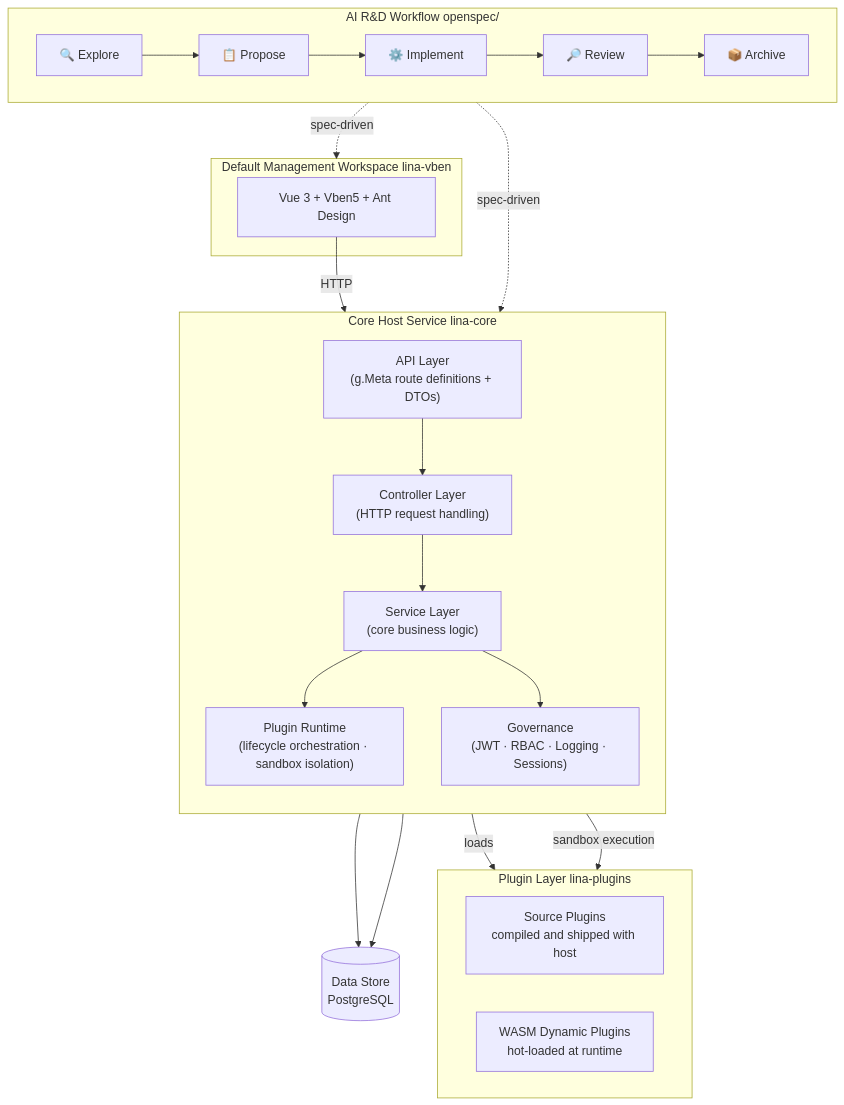
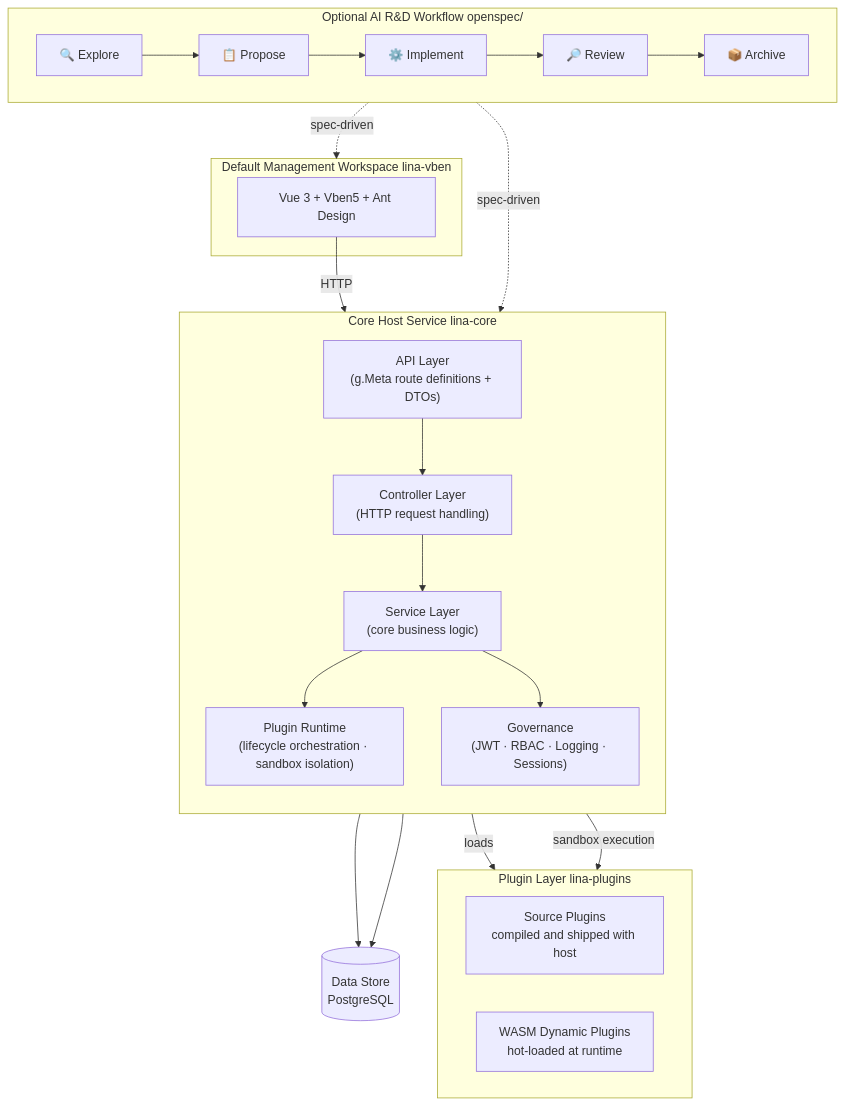
One commit to linaproai/linapro changed the diagram in README.md. Above: the diagram before and after it, drawn with Mermaid. The commit also changed other lines of this file and 43 other files, not shown here.

````diff
--- a/README.md
+++ b/README.md
@@ -46,39 +46,39 @@
 ```mermaid
 graph TB
-    subgraph Workflow["AI R&D Workflow  openspec/"]
+    subgraph Workflow["Optional AI R&D Workflow  openspec/"]
         direction LR
         Explore["🔍 Explore"] --> Propose["📋 Propose"] --> Implement["⚙️ Implement"] --> Review["🔎 Review"] --> Archive["📦 Archive"]
     end
 
     subgraph Frontend["Default Management Workspace  lina-vben"]
         UI["Vue 3 + Vben5 + Ant Design"]
     end
 
     subgraph Host["Core Host Service  lina-core"]
         direction TB
         API["API Layer\n(g.Meta route definitions + DTOs)"]
         Ctrl["Controller Layer\n(HTTP request handling)"]
         Svc["Service Layer\n(core business logic)"]
         Plugin["Plugin Runtime\n(lifecycle orchestration · sandbox isolation)"]
         Gov["Governance\n(JWT · RBAC · Logging · Sessions)"]
         API --> Ctrl --> Svc
         Svc --> Plugin
         Svc --> Gov
     end
 
     subgraph Plugins["Plugin Layer  lina-plugins"]
         direction LR
         Source["Source Plugins\ncompiled and shipped with host"]
         Dynamic["WASM Dynamic Plugins\nhot-loaded at runtime"]
     end
 
     DB[("Data Store\nPostgreSQL")]
 
     Workflow -.->|spec-driven| Frontend
     Workflow -.->|spec-driven| Host
     UI -->|HTTP| API
     Plugin -->|loads| Source
     Plugin -->|sandbox execution| Dynamic
     Svc --> DB
     Gov --> DB
 ```
````
